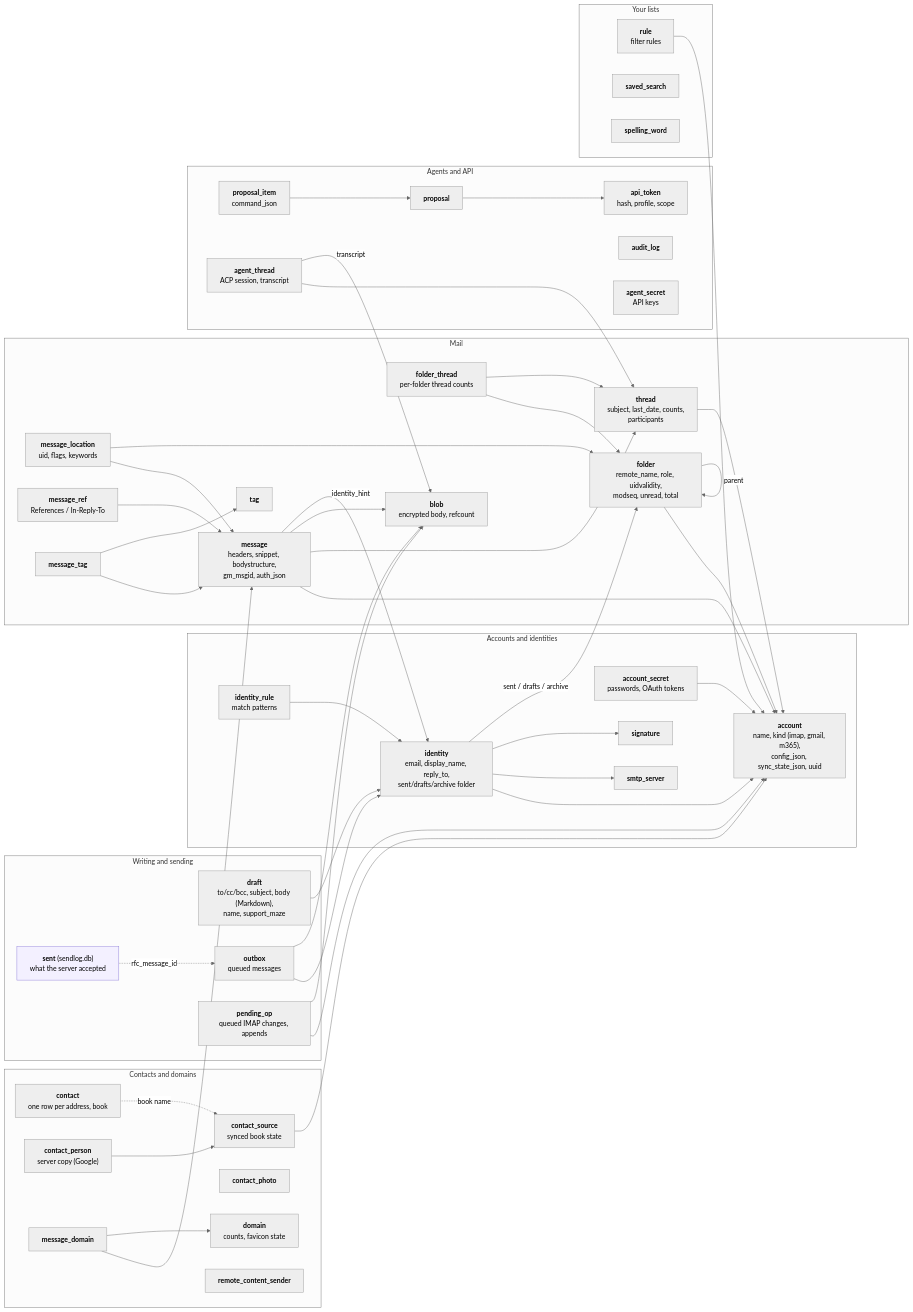
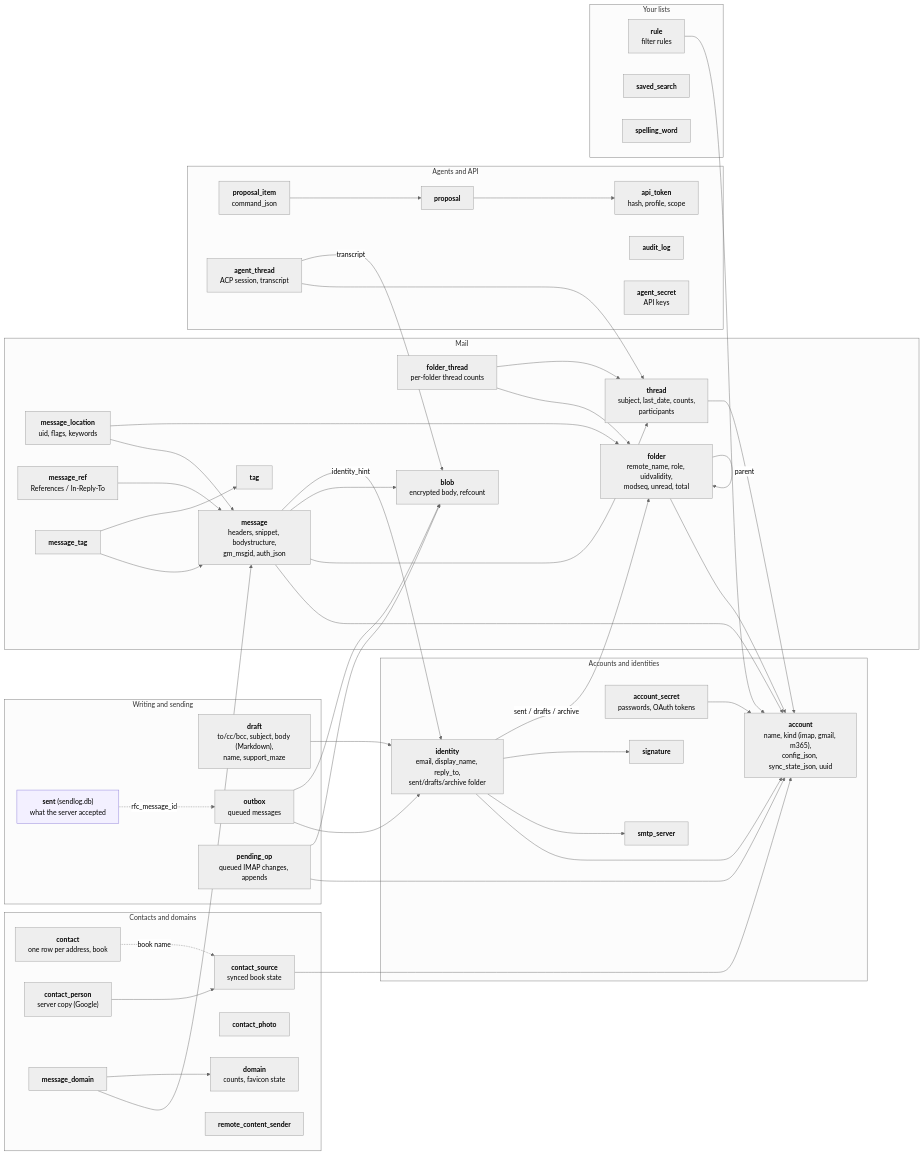
Before and after one commit to pmig/maze: the diagram in docs/data-model.md, drawn with Mermaid (neutral theme). The commit also changed other lines of this file and 17 other files, not shown here.

```diff
--- a/docs/data-model.md
+++ b/docs/data-model.md
@@ -17,7 +17,6 @@
     account["<b>account</b><br/>name, kind (imap, gmail, m365),<br/>config_json, sync_state_json, uuid"]
     account_secret["<b>account_secret</b><br/>passwords, OAuth tokens"]
     identity["<b>identity</b><br/>email, display_name, reply_to,<br/>sent/drafts/archive folder"]
-    identity_rule["<b>identity_rule</b><br/>match patterns"]
     smtp_server["<b>smtp_server</b>"]
     signature["<b>signature</b>"]
   end
@@ -68,7 +67,6 @@
 
   account_secret --> account
   identity --> account
-  identity_rule --> identity
   identity --> smtp_server
   identity --> signature
   identity -->|sent / drafts / archive| folder
```
